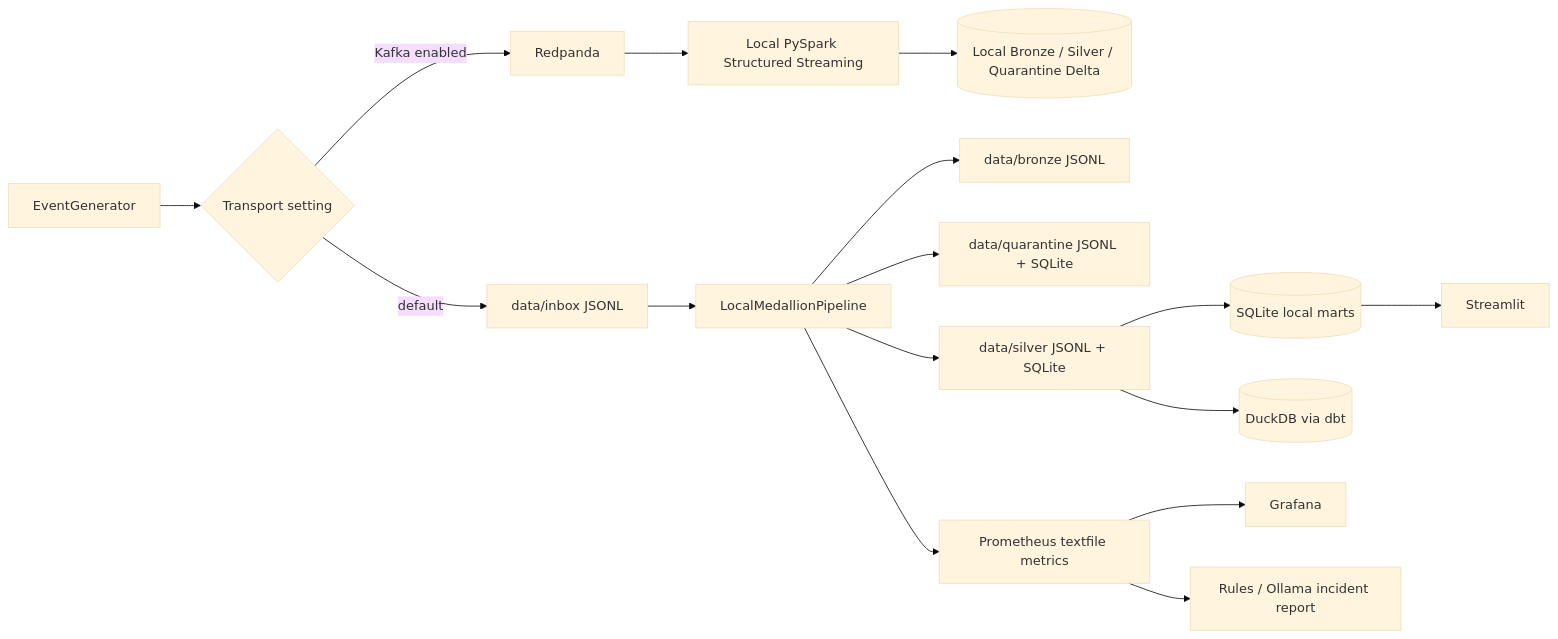
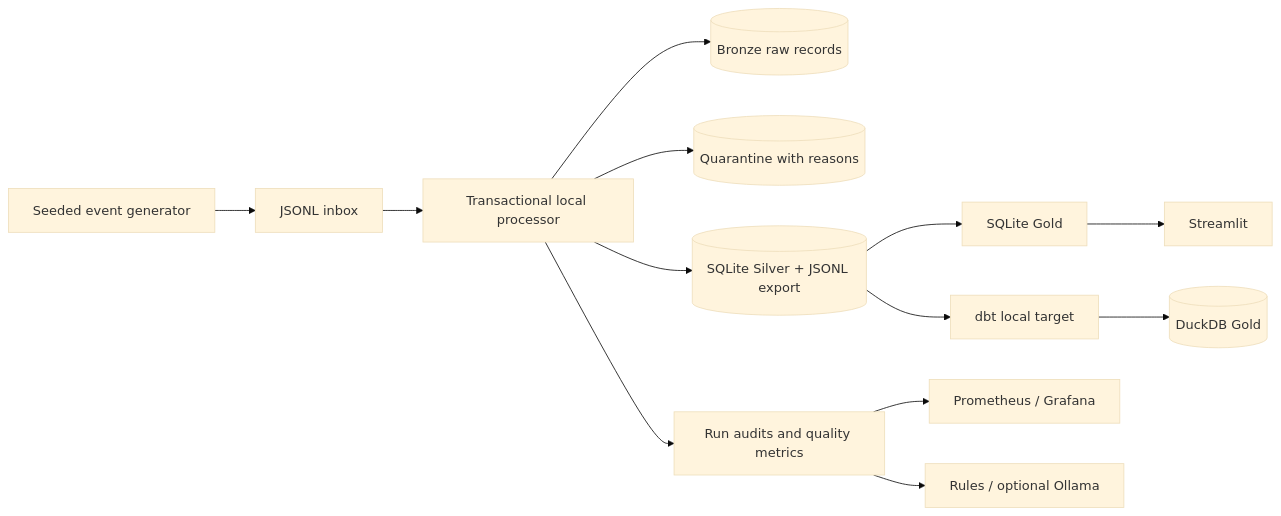
One commit to PK-999/retailpulse changed the first of 3 diagrams in docs/architecture.md. Above: the diagram before and after it, drawn with Mermaid (base theme). The commit also changed other lines of this file and 25 other files, not shown here.

````diff
--- a/docs/architecture.md
+++ b/docs/architecture.md
@@ -53,18 +10,13 @@
 ```mermaid
 flowchart LR
-    GEN[EventGenerator] --> SINK{Transport setting}
-    SINK -->|default| INBOX[data/inbox JSONL]
-    SINK -->|Kafka enabled| RP[Redpanda]
-    RP --> SPARK[Local PySpark Structured Streaming]
-    SPARK --> DELTA[(Local Bronze / Silver / Quarantine Delta)]
-    INBOX --> PROC[LocalMedallionPipeline]
-    PROC --> B[data/bronze JSONL]
-    PROC --> Q[data/quarantine JSONL + SQLite]
-    PROC --> S[data/silver JSONL + SQLite]
-    S --> SQLITE[(SQLite local marts)]
-    S --> DUCK[(DuckDB via dbt)]
-    SQLITE --> UI[Streamlit]
-    PROC --> MET[Prometheus textfile metrics]
-    MET --> GRAF[Grafana]
-    MET --> INC[Rules / Ollama incident report]
+  GEN[Seeded event generator] --> IN[JSONL inbox]
+  IN --> PIPE[Transactional local processor]
+  PIPE --> RAW[(Bronze raw records)]
+  PIPE --> QUAR[(Quarantine with reasons)]
+  PIPE --> SIL[(SQLite Silver + JSONL export)]
+  SIL --> SQL[SQLite Gold] --> UI[Streamlit]
+  SIL --> DBT[dbt local target] --> DUCK[(DuckDB Gold)]
+  PIPE --> AUD[Run audits and quality metrics]
+  AUD --> PROM[Prometheus / Grafana]
+  AUD --> INC[Rules / optional Ollama]
 ```
````
